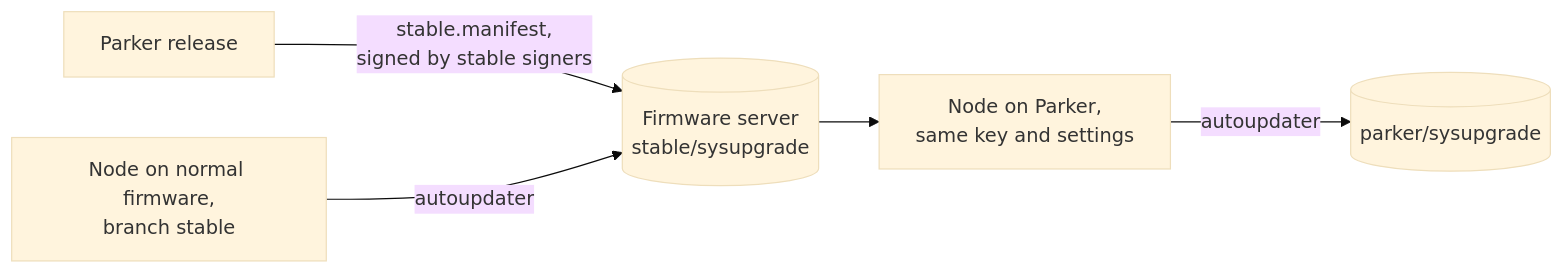
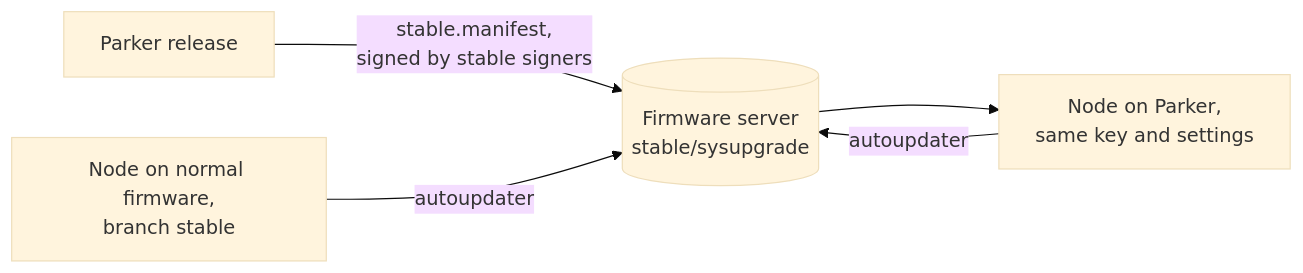
One commit to freifunkMUC/site-ffm changed the first of 2 diagrams in docs/parker-migration.md. Above: the diagram before and after it, drawn with Mermaid (base theme). The commit also changed other lines of this file and 2 other files, not shown here.

First line of the commit message:
parker: use the normal experimental, testing and stable branches

````diff
--- a/docs/parker-migration.md
+++ b/docs/parker-migration.md
@@ -26,7 +28,7 @@
 ```mermaid
 flowchart LR
     R[Parker release] -->|stable.manifest,<br/>signed by stable signers| S[(Firmware server<br/>stable/sysupgrade)]
     N[Node on normal firmware,<br/>branch stable] -->|autoupdater| S
     S --> P[Node on Parker,<br/>same key and settings]
-    P -->|autoupdater| B[(parker/sysupgrade)]
+    P -->|autoupdater| S
 ```
````
